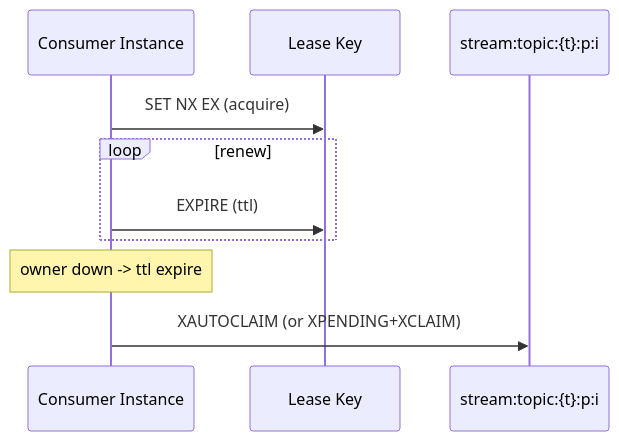
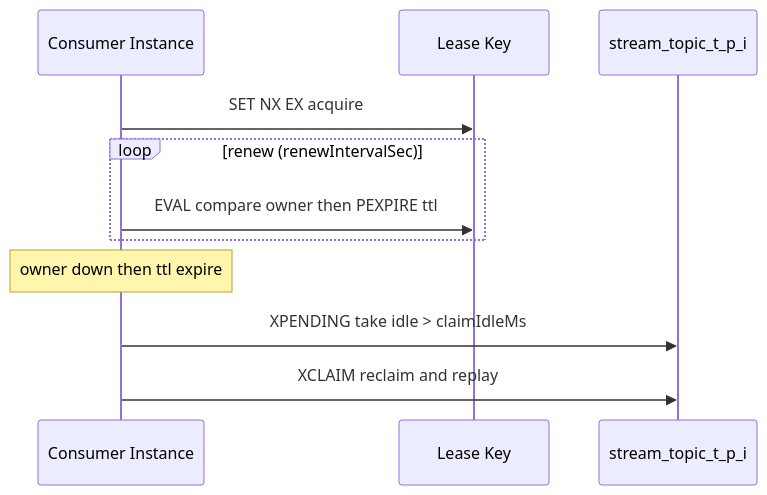
One commit to cuihairu/redis-streaming changed the third of 3 diagrams in docs/en/MQ-Broker-Interaction-en.md. Above: the diagram before and after it, drawn with Mermaid. The commit also changed other lines of this file and 4 other files, not shown here.

````diff
--- a/docs/en/MQ-Broker-Interaction-en.md
+++ b/docs/en/MQ-Broker-Interaction-en.md
@@ -63,12 +92,13 @@
 ```mermaid
 sequenceDiagram
   participant C as Consumer Instance
   participant L as Lease Key
-  participant S as stream:topic:{t}:p:i
-  C->>L: SET NX EX (acquire)
-  loop renew
-    C->>L: EXPIRE (ttl)
+  participant S as stream_topic_t_p_i
+  C->>L: SET NX EX acquire
+  loop renew (renewIntervalSec)
+    C->>L: EVAL compare owner then PEXPIRE ttl
   end
-  Note over C: owner down -> ttl expire
-  C->>S: XAUTOCLAIM (or XPENDING+XCLAIM)
+  Note over C: owner down then ttl expire
+  C->>S: XPENDING take idle > claimIdleMs
+  C->>S: XCLAIM reclaim and replay
 ```
````
